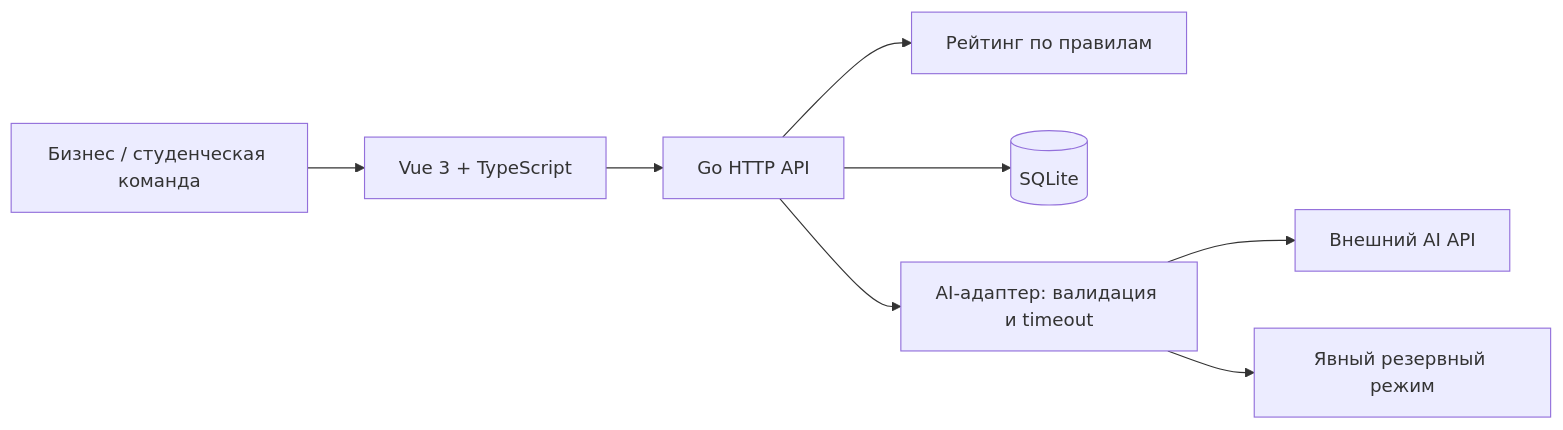
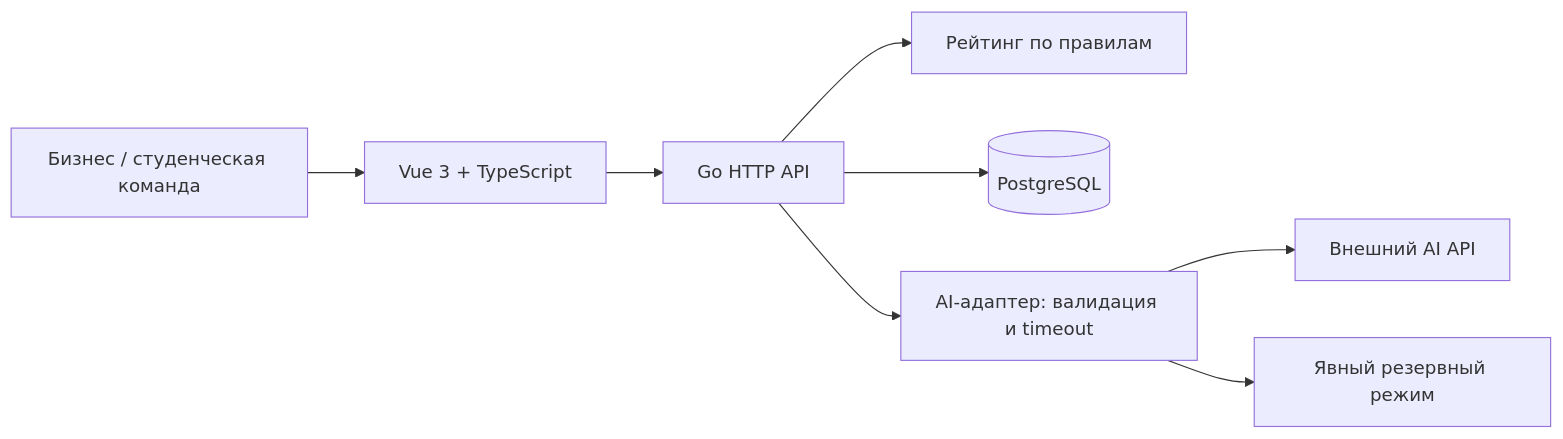
Before and after one commit to BAITC-Hacks/hack-1357219b-vibe-moggers: the diagram in docs/SPEC.md, drawn with Mermaid. The commit also changed other lines of this file and 73 other files, not shown here.

````diff
--- a/docs/SPEC.md
+++ b/docs/SPEC.md
@@ -8,10 +9,10 @@
 ```mermaid
 flowchart LR
     U[Бизнес / студенческая команда] --> V[Vue 3 + TypeScript]
     V --> G[Go HTTP API]
     G --> S[Рейтинг по правилам]
-    G --> D[(SQLite)]
+    G --> D[(PostgreSQL)]
     G --> A[AI-адаптер: валидация и timeout]
     A --> L[Внешний AI API]
     A --> F[Явный резервный режим]
 ```
````
